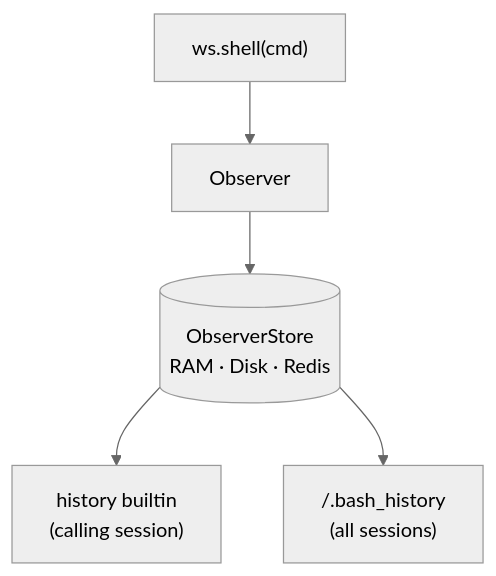
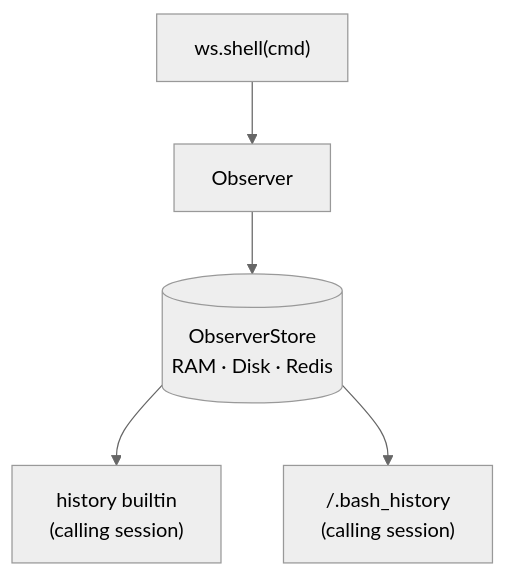
The diagram in docs/home/observer.mdx (strukto-ai/mirage), drawn with Mermaid (neutral theme) before and after one commit. The commit also changed other lines of this file and 339 other files, not shown here.

First line of the commit message:
fix(policy): share PathSpec visibility checks and isolate session history

````diff
--- a/docs/home/observer.mdx
+++ b/docs/home/observer.mdx
@@ -15,7 +15,7 @@
 ```mermaid
 flowchart TD
     Exec["ws.shell(cmd)"] --> Obs[Observer]
     Obs --> Store[("ObserverStore<br/>RAM · Disk · Redis")]
     Store --> Hist["history builtin<br/>(calling session)"]
-    Store --> File["/.bash_history<br/>(all sessions)"]
+    Store --> File["/.bash_history<br/>(calling session)"]
 ```
````
